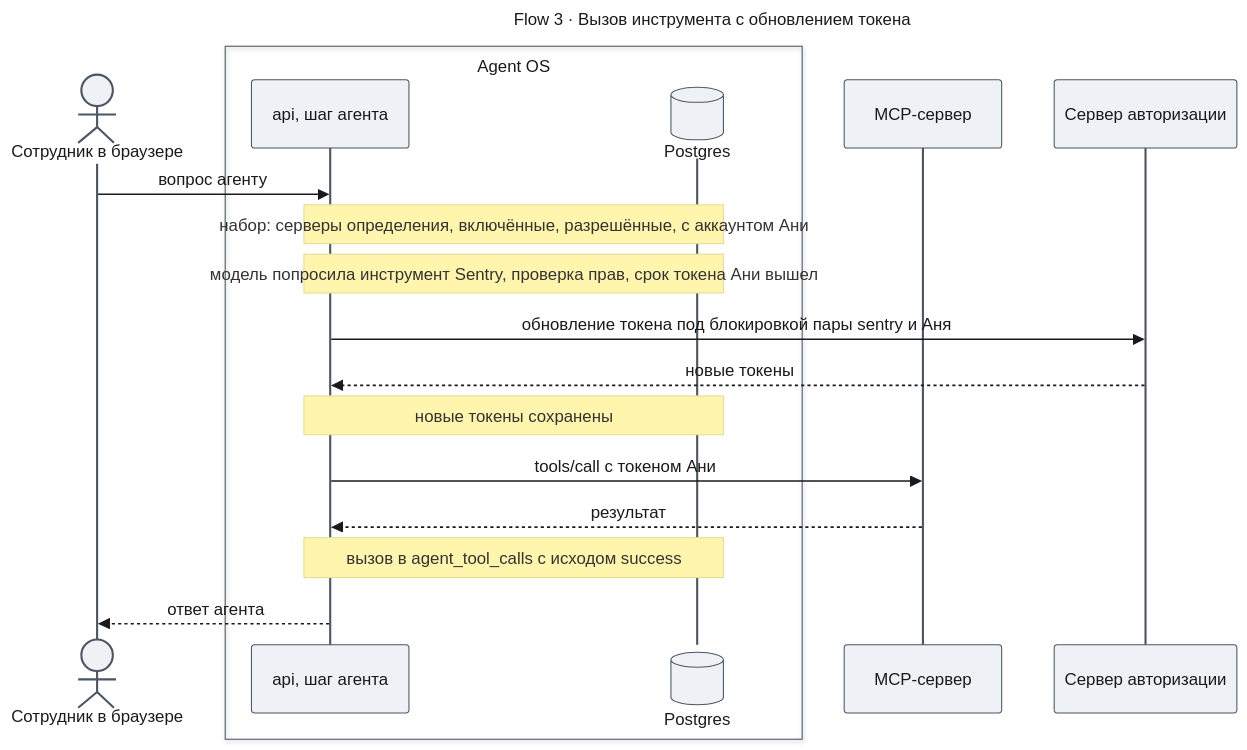
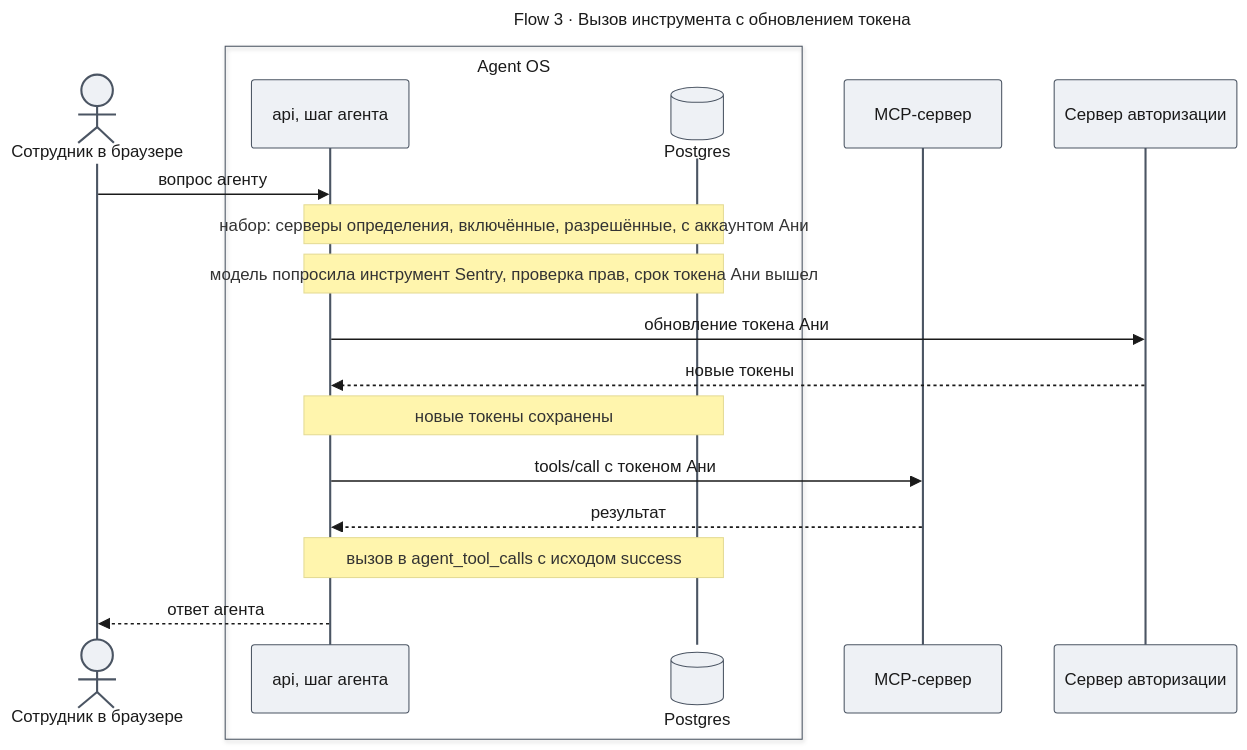
The eighth of 9 diagrams in docs/features/enterprise-access/design-mcp-connect.md (tundraray/agent-os), drawn with Mermaid before and after one commit. The commit also changed other lines of this file and 3 other files, not shown here.

````diff
--- a/docs/features/enterprise-access/design-mcp-connect.md
+++ b/docs/features/enterprise-access/design-mcp-connect.md
@@ -624,40 +622,40 @@
 ```mermaid
 ---
 title: "Flow 3 · Вызов инструмента с обновлением токена"
 config:
   theme: base
   look: classic
   themeVariables:
     primaryColor: "#eef1f5"
     primaryBorderColor: "#4b5563"
     primaryTextColor: "#1a1a1a"
     lineColor: "#6b7280"
   themeCSS: |
     @keyframes lit_mf3{0%,15%{stroke:#991b1b;stroke-width:6px}16.67%,100%{stroke:#37474f;stroke-width:2px}}
     @keyframes litr_mf3{0%,15%{stroke:#1d4ed8;stroke-width:6px}16.67%,100%{stroke:#37474f;stroke-width:2px}}
     .messageLine0[data-id='i0'],.messageLine1[data-id='i0']{animation:lit_mf3 7.2s linear 0s infinite}
     .messageLine0[data-id='i3'],.messageLine1[data-id='i3']{animation:lit_mf3 7.2s linear 1.2s infinite}
     .messageLine0[data-id='i4'],.messageLine1[data-id='i4']{animation:litr_mf3 7.2s linear 2.4s infinite}
     .messageLine0[data-id='i6'],.messageLine1[data-id='i6']{animation:lit_mf3 7.2s linear 3.6s infinite}
     .messageLine0[data-id='i7'],.messageLine1[data-id='i7']{animation:litr_mf3 7.2s linear 4.8s infinite}
     .messageLine0[data-id='i9'],.messageLine1[data-id='i9']{animation:litr_mf3 7.2s linear 6s infinite}
 ---
 sequenceDiagram
     actor U as Сотрудник в браузере
     box Agent OS
     participant A as api, шаг агента
     participant DB@{ "type": "database" } as Postgres
     end
     participant M as MCP-сервер
     participant S as Сервер авторизации
     U->>A: вопрос агенту
     Note over A,DB: набор: серверы определения, включённые, разрешённые, с аккаунтом Ани
     Note over A,DB: модель попросила инструмент Sentry, проверка прав, срок токена Ани вышел
-    A->>S: обновление токена под блокировкой пары sentry и Аня
+    A->>S: обновление токена Ани
     S-->>A: новые токены
     Note over A,DB: новые токены сохранены
     A->>M: tools/call с токеном Ани
     M-->>A: результат
     Note over A,DB: вызов в agent_tool_calls с исходом success
     A-->>U: ответ агента
 ```
````
